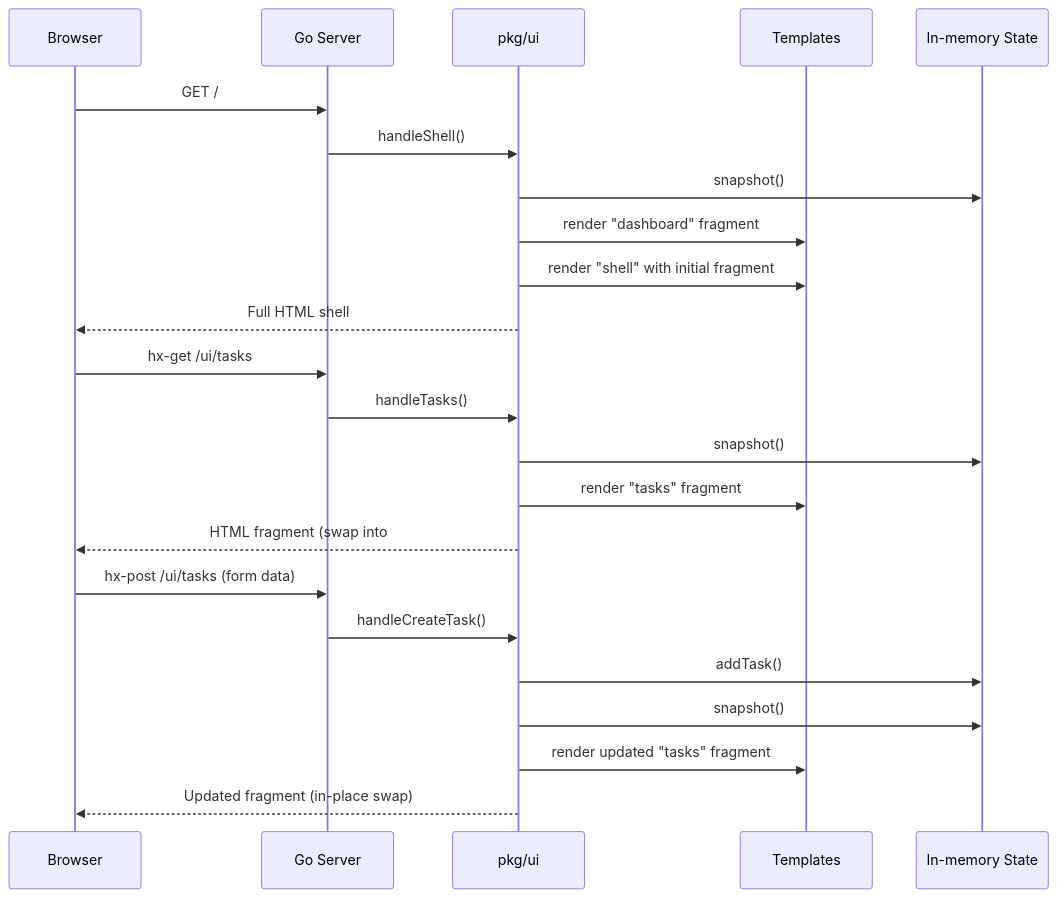
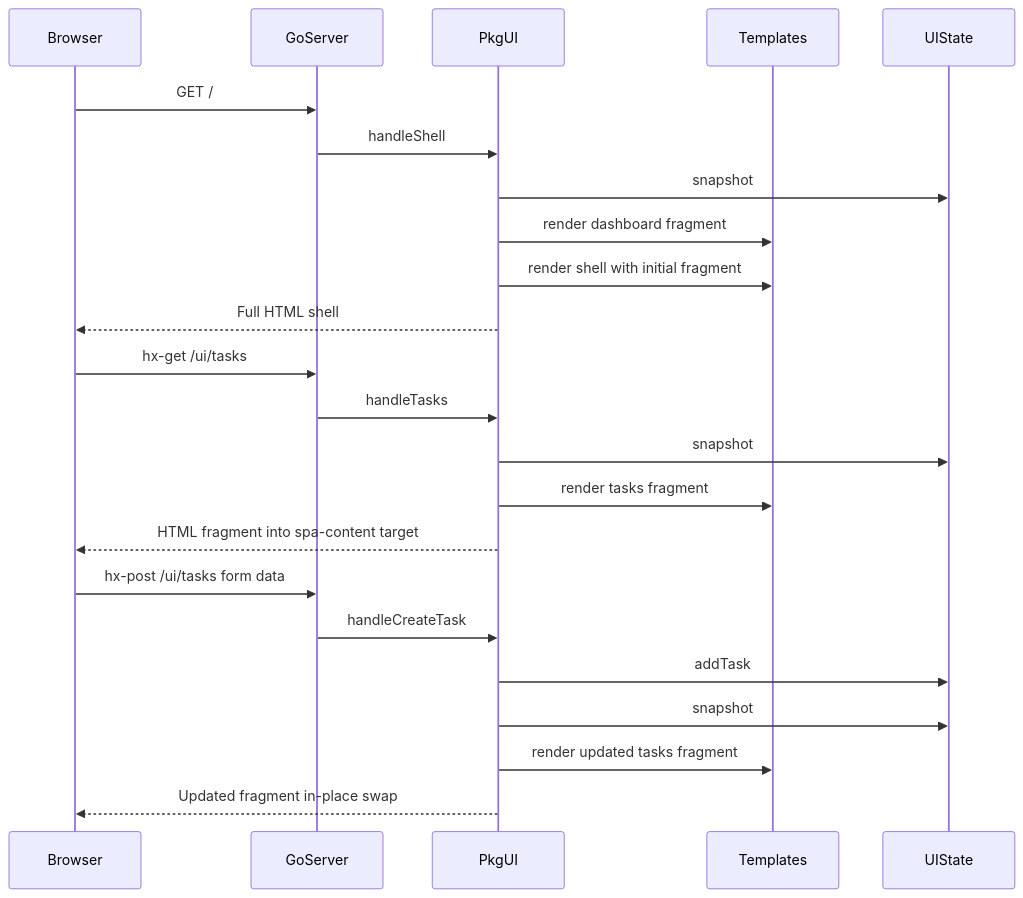
The third of 3 diagrams in README.md (anthony-hopkins/go_web_base), drawn with Mermaid before and after one commit. The commit also changed other lines of this file, not shown here.

Commit message:
Fixed some diagram formatting issues with mermaid and github.

````diff
--- a/README.md
+++ b/README.md
@@ -72,28 +71,28 @@
 ```mermaid
 sequenceDiagram
     participant B as Browser
-    participant S as Go Server
-    participant U as pkg/ui
+    participant S as GoServer
+    participant U as PkgUI
     participant T as Templates
-    participant ST as In-memory State
+    participant ST as UIState
 
     B->>S: GET /
-    S->>U: handleShell()
-    U->>ST: snapshot()
-    U->>T: render "dashboard" fragment
-    U->>T: render "shell" with initial fragment
+    S->>U: handleShell
+    U->>ST: snapshot
+    U->>T: render dashboard fragment
+    U->>T: render shell with initial fragment
     U-->>B: Full HTML shell
 
     B->>S: hx-get /ui/tasks
-    S->>U: handleTasks()
-    U->>ST: snapshot()
-    U->>T: render "tasks" fragment
-    U-->>B: HTML fragment (swap into #spa-content)
+    S->>U: handleTasks
+    U->>ST: snapshot
+    U->>T: render tasks fragment
+    U-->>B: HTML fragment into spa-content target
 
-    B->>S: hx-post /ui/tasks (form data)
-    S->>U: handleCreateTask()
-    U->>ST: addTask()
-    U->>ST: snapshot()
-    U->>T: render updated "tasks" fragment
-    U-->>B: Updated fragment (in-place swap)
+    B->>S: hx-post /ui/tasks form data
+    S->>U: handleCreateTask
+    U->>ST: addTask
+    U->>ST: snapshot
+    U->>T: render updated tasks fragment
+    U-->>B: Updated fragment in-place swap
 ```
````
